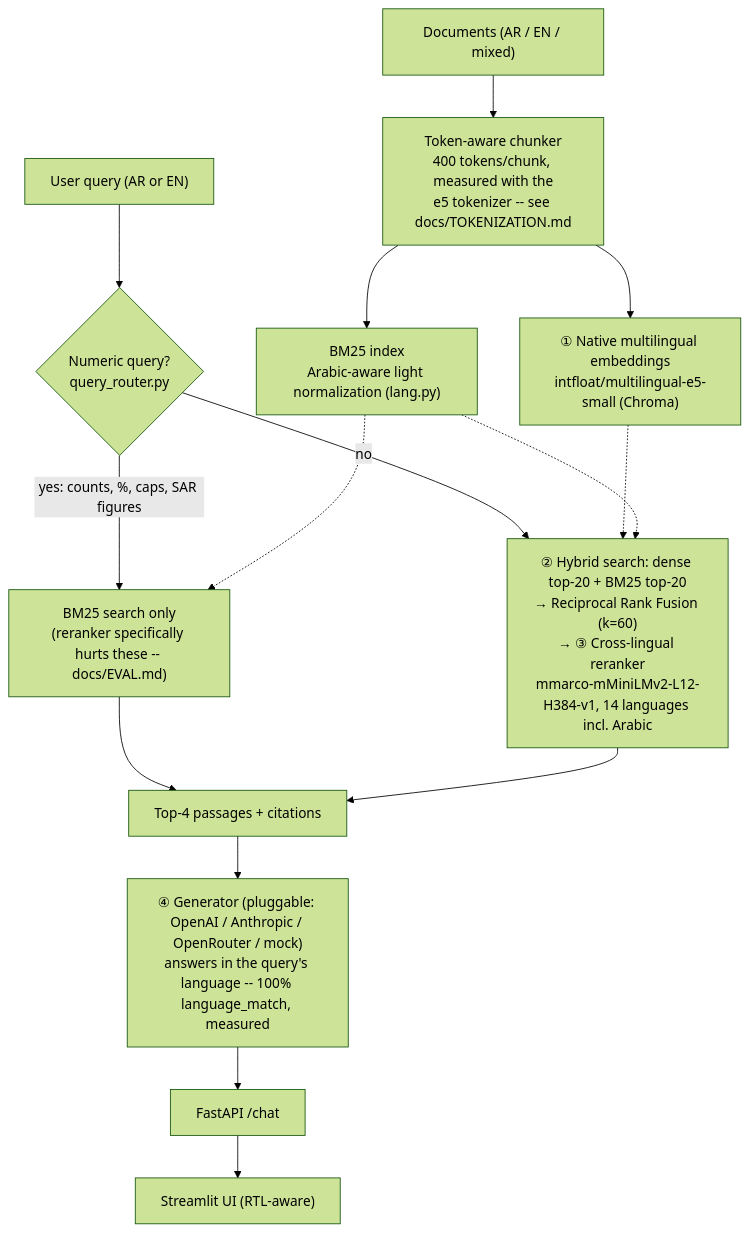
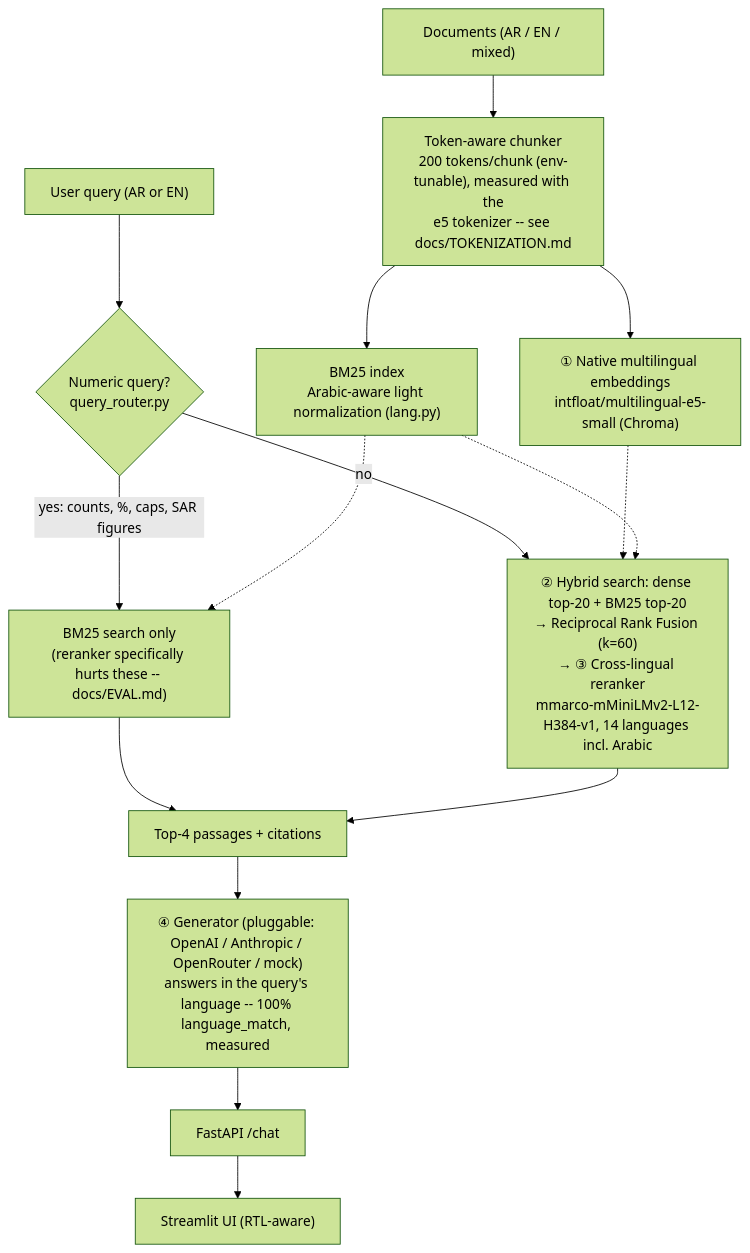
The diagram in README.md (YousefZahran1/bilingual-rag), drawn with Mermaid (forest theme) before and after one commit. The commit also changed other lines of this file and 8 other files, not shown here.

Commit message:
docs: README + ROADMAP for v0.4 (real corpus, unified pipeline); add verified module flowcharts in docs/diagrams; fix stale 400-token label

````diff
--- a/README.md
+++ b/README.md
@@ -17,18 +19,18 @@
 ```mermaid
 flowchart TD
-    Docs["Documents (AR / EN / mixed)"] --> Chunk["Token-aware chunker<br/>400 tokens/chunk, measured with the<br/>e5 tokenizer -- see docs/TOKENIZATION.md"]
+    Docs["Documents (AR / EN / mixed)"] --> Chunk["Token-aware chunker<br/>200 tokens/chunk (env-tunable), measured with the<br/>e5 tokenizer -- see docs/TOKENIZATION.md"]
     Chunk --> Dense["① Native multilingual embeddings<br/>intfloat/multilingual-e5-small (Chroma)"]
     Chunk --> BM25idx["BM25 index<br/>Arabic-aware light normalization (lang.py)"]
 
     Query["User query (AR or EN)"] --> Router{"Numeric query?<br/>query_router.py"}
     Router -- "yes: counts, %, caps, SAR figures" --> BM25Search["BM25 search only<br/>(reranker specifically hurts these -- docs/EVAL.md)"]
     Router -- "no" --> Hybrid["② Hybrid search: dense top-20 + BM25 top-20<br/>→ Reciprocal Rank Fusion (k=60)<br/>→ ③ Cross-lingual reranker<br/>mmarco-mMiniLMv2-L12-H384-v1, 14 languages incl. Arabic"]
     Dense -.-> Hybrid
     BM25idx -.-> Hybrid
     BM25idx -.-> BM25Search
 
     BM25Search --> Passages["Top-4 passages + citations"]
     Hybrid --> Passages
     Passages --> Gen["④ Generator (pluggable: OpenAI / Anthropic / OpenRouter / mock)<br/>answers in the query's language -- 100% language_match, measured"]
     Gen --> API["FastAPI /chat"] --> UI["Streamlit UI (RTL-aware)"]
 ```
````
